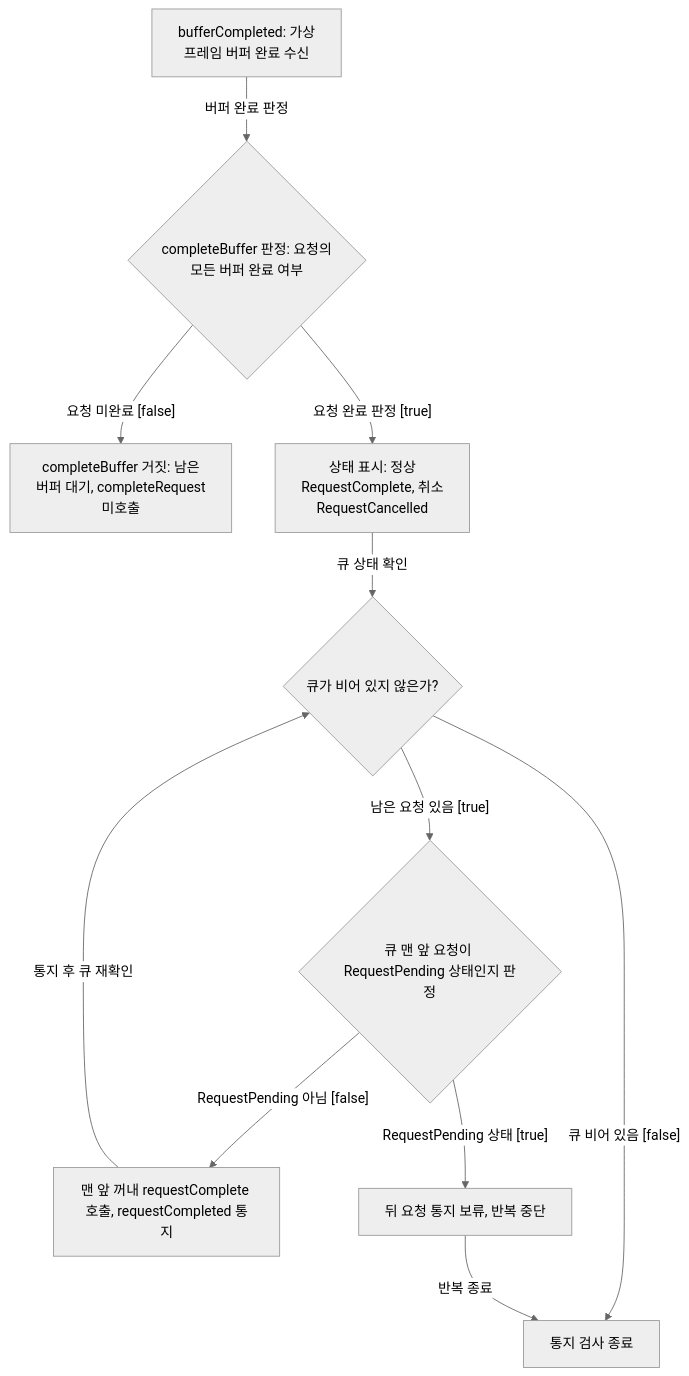
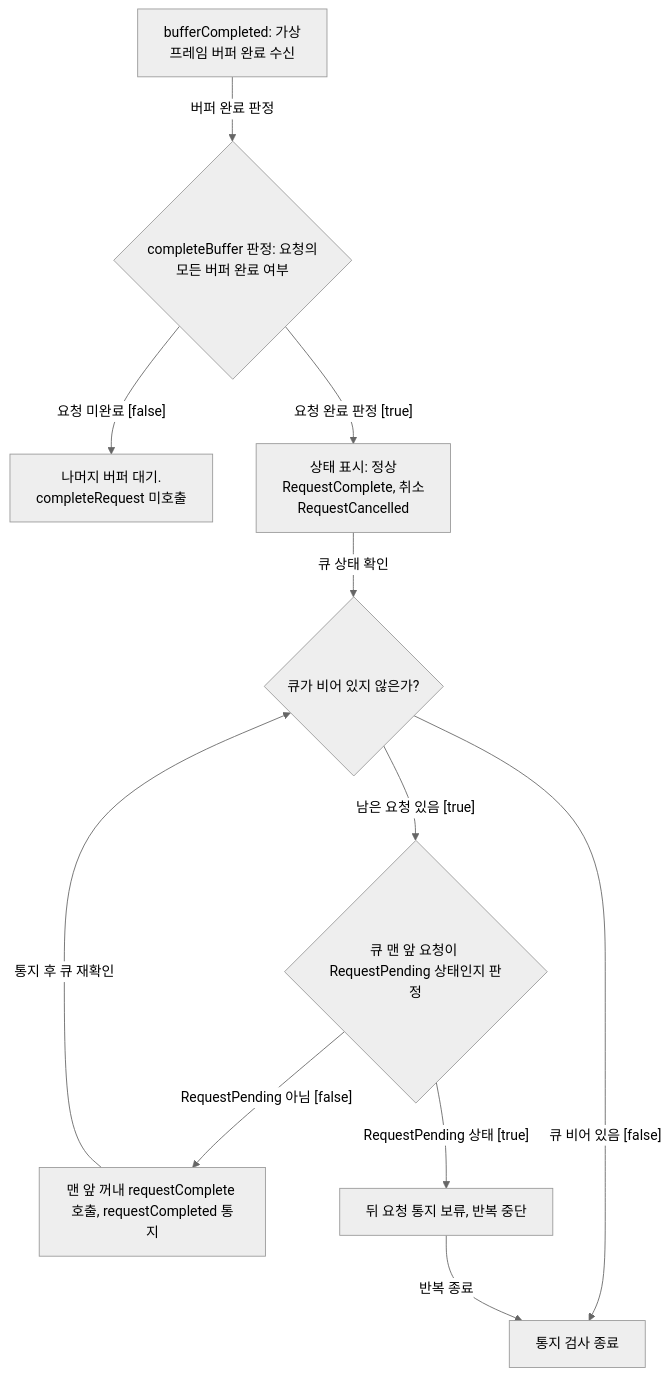
One commit to TTolsun/libcamera-sdd changed the diagram in docs/official-cam-validation.request-completion-order.mmd. Above: the diagram before and after it, drawn with Mermaid (neutral theme). The commit also changed 125 other files, not shown here.

```diff
--- a/docs/official-cam-validation.request-completion-order.mmd
+++ b/docs/official-cam-validation.request-completion-order.mmd
@@ -1,21 +1,21 @@
 flowchart TB
-%% sdd:translations {"RequestPending 상태 #91;true#93;": "RequestPending state #91;true#93;", "RequestPending 아님 #91;false#93;": "Not RequestPending #91;false#93;", "bufferCompleted: 가상 <br/>프레임 버퍼 완료 수신": "bufferCompleted: receive <br/>virtual buffer done", "completeBuffer 거짓: 남은 <br/>버퍼 대기, completeRequest <br/>미호출": "Return false: await rest, <br/>no completeRequest", "completeBuffer 판정: 요청의 <br/>모든 버퍼 완료 여부": "completeBuffer check: all <br/>request buffers done?", "남은 요청 있음 #91;true#93;": "Requests remain #91;true#93;", "뒤 요청 통지 보류, 반복 중단": "Hold later notifies, stop <br/>loop", "맨 앞 꺼내 requestComplete <br/>호출, requestCompleted 통지": "Pop head; requestComplete <br/>emits requestCompleted", "반복 종료": "Loop ends", "버퍼 완료 판정": "Check buffer done", "상태 표시: 정상 <br/>RequestComplete, 취소 <br/>RequestCancelled": "Normal RequestComplete; <br/>cancel RequestCancelled", "요청 미완료 #91;false#93;": "Request incomplete #91;false#93;", "요청 완료 판정 #91;true#93;": "Request complete #91;true#93;", "큐 맨 앞 요청이 <br/>RequestPending 상태인지 판정": "Is front request in <br/>RequestPending state?", "큐 비어 있음 #91;false#93;": "Queue empty #91;false#93;", "큐 상태 확인": "Check queue", "큐가 비어 있지 않은가?": "Is queue not empty?", "통지 검사 종료": "Notify check ends", "통지 후 큐 재확인": "Recheck queue"}
+%% sdd:translations {"RequestPending 상태 #91;true#93;": "RequestPending state #91;true#93;", "RequestPending 아님 #91;false#93;": "Not RequestPending #91;false#93;", "bufferCompleted: 가상 <br/>프레임 버퍼 완료 수신": "bufferCompleted: receive <br/>virtual buffer done", "completeBuffer 판정: 요청의 <br/>모든 버퍼 완료 여부": "completeBuffer check: all <br/>request buffers done?", "나머지 버퍼 대기. <br/>completeRequest 미호출": "Wait for remaining buffers; <br/>no completeRequest", "남은 요청 있음 #91;true#93;": "Requests remain #91;true#93;", "뒤 요청 통지 보류, 반복 중단": "Hold later notifies, stop <br/>loop", "맨 앞 꺼내 requestComplete <br/>호출, requestCompleted 통지": "Pop head; requestComplete <br/>emits requestCompleted", "반복 종료": "Loop ends", "버퍼 완료 판정": "Check buffer done", "상태 표시: 정상 <br/>RequestComplete, 취소 <br/>RequestCancelled": "Normal RequestComplete; <br/>cancel RequestCancelled", "요청 미완료 #91;false#93;": "Request incomplete #91;false#93;", "요청 완료 판정 #91;true#93;": "Request complete #91;true#93;", "큐 맨 앞 요청이 <br/>RequestPending 상태인지 판정": "Is front request in <br/>RequestPending state?", "큐 비어 있음 #91;false#93;": "Queue empty #91;false#93;", "큐 상태 확인": "Check queue", "큐가 비어 있지 않은가?": "Is queue not empty?", "통지 검사 종료": "Notify check ends", "통지 후 큐 재확인": "Recheck queue"}
   v_n0["bufferCompleted: 가상 <br/>프레임 버퍼 완료 수신"]
   v_n1{"completeBuffer 판정: 요청의 <br/>모든 버퍼 완료 여부"}
-  v_n2["completeBuffer 거짓: 남은 <br/>버퍼 대기, completeRequest <br/>미호출"]
+  v_n2["나머지 버퍼 대기. <br/>completeRequest 미호출"]
   v_n3["상태 표시: 정상 <br/>RequestComplete, 취소 <br/>RequestCancelled"]
   v_n4{"큐 맨 앞 요청이 <br/>RequestPending 상태인지 판정"}
   v_n5["맨 앞 꺼내 requestComplete <br/>호출, requestCompleted 통지"]
   v_n6["뒤 요청 통지 보류, 반복 중단"]
   v_n7{"큐가 비어 있지 않은가?"}
   v_n8["통지 검사 종료"]
   v_n0 -->|"버퍼 완료 판정"| v_n1
   v_n1 -->|"요청 미완료 #91;false#93;"| v_n2
   v_n1 -->|"요청 완료 판정 #91;true#93;"| v_n3
   v_n3 -->|"큐 상태 확인"| v_n7
   v_n7 -->|"남은 요청 있음 #91;true#93;"| v_n4
   v_n7 -->|"큐 비어 있음 #91;false#93;"| v_n8
   v_n4 -->|"RequestPending 상태 #91;true#93;"| v_n6
   v_n4 -->|"RequestPending 아님 #91;false#93;"| v_n5
   v_n5 -->|"통지 후 큐 재확인"| v_n7
   v_n6 -->|"반복 종료"| v_n8
```
